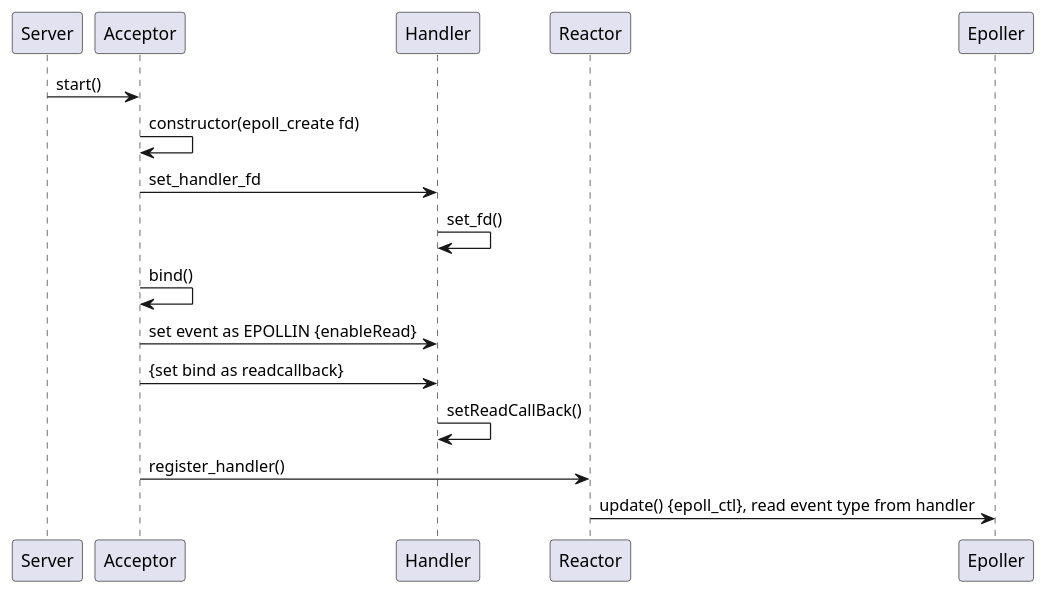
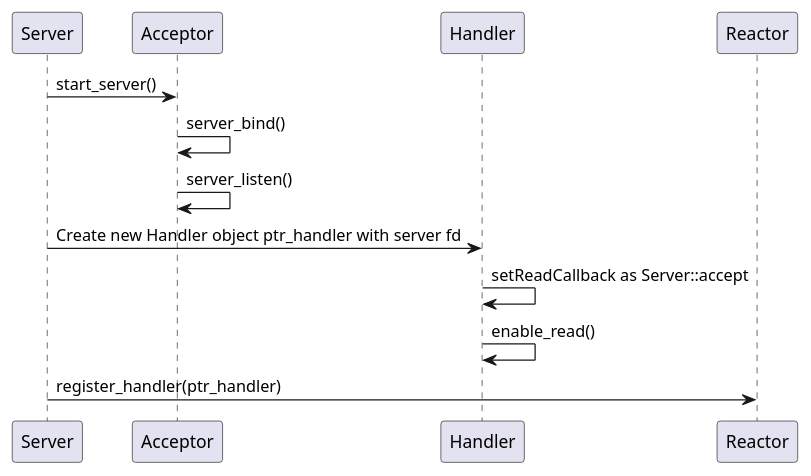
The diagram in mordern_cpp/reactor/uml/Sequence_diagram.plantuml (ryueran/modern_cpp_excercise), drawn with PlantUML before and after one commit. The commit also changed 4 other files, not shown here.

```diff
--- a/mordern_cpp/reactor/uml/Sequence_diagram.plantuml
+++ b/mordern_cpp/reactor/uml/Sequence_diagram.plantuml
@@ -1,13 +1,9 @@
 @startuml
-Server -> Acceptor: start()
-Acceptor -> Acceptor: constructor(epoll_create fd)
-Acceptor -> Handler: set_handler_fd
-Handler -> Handler: set_fd()
-Acceptor -> Acceptor: bind()
-Acceptor -> Handler: set event as EPOLLIN {enableRead}
-Acceptor -> Handler: {set bind as readcallback}
-Handler -> Handler: setReadCallBack()
-Acceptor -> Reactor: register_handler()
-Reactor -> Epoller: update() {epoll_ctl}, read event type from handler
-
+Server -> Acceptor: start_server()
+Acceptor -> Acceptor: server_bind()
+Acceptor -> Acceptor: server_listen()
+Server -> Handler: Create new Handler object ptr_handler with server fd
+Handler -> Handler: setReadCallback as Server::accept
+Handler -> Handler: enable_read()
+Server -> Reactor: register_handler(ptr_handler)
 @enduml
```
